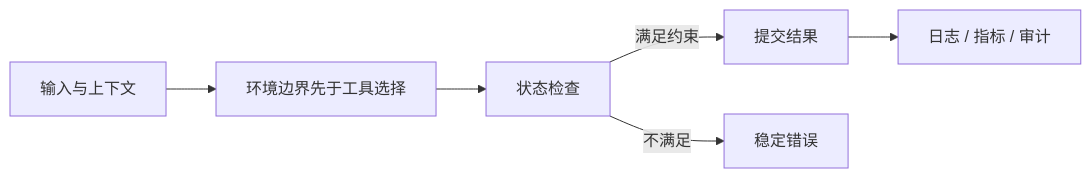
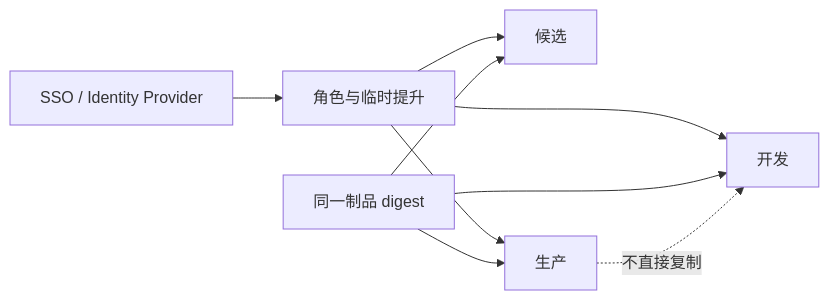
Before and after one commit to upJiang/jiang-blog-vitepress: the diagram in docs/backend/enterprise-tools-environment-governance.md, drawn with Mermaid. The commit also changed other lines of this file and 341 other files, not shown here.

````diff
--- a/docs/backend/enterprise-tools-environment-governance.md
+++ b/docs/backend/enterprise-tools-environment-governance.md
@@ -34,8 +51,11 @@
 ```mermaid
 flowchart LR
-  A[输入与上下文] --> B[环境边界先于工具选择]
-  B --> C[状态检查]
-  C -->|满足约束| D[提交结果]
-  C -->|不满足| E[稳定错误]
-  D --> F[日志 / 指标 / 审计]
+  IDP[SSO / Identity Provider] --> RBAC[角色与临时提升]
+  RBAC --> DEV[开发]
+  RBAC --> STAGE[候选]
+  RBAC --> PROD[生产]
+  ART[同一制品 digest] --> DEV
+  ART --> STAGE
+  ART --> PROD
+  PROD -.不直接复制.-> DEV
 ```
````
